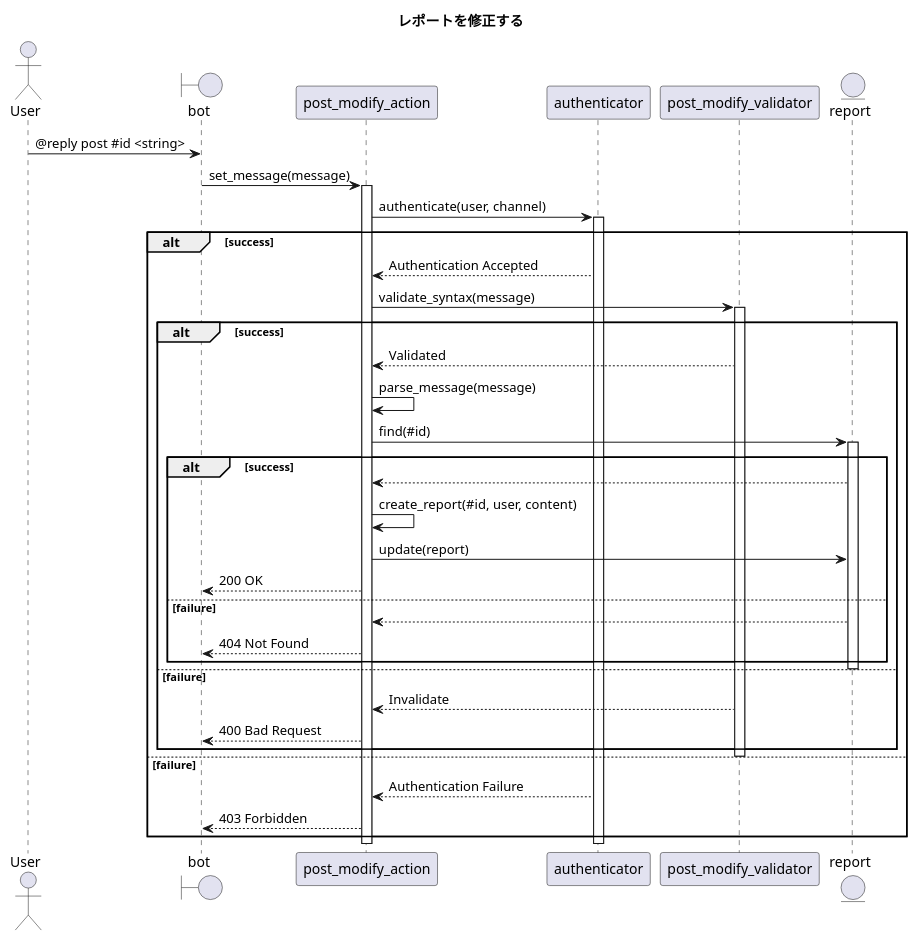
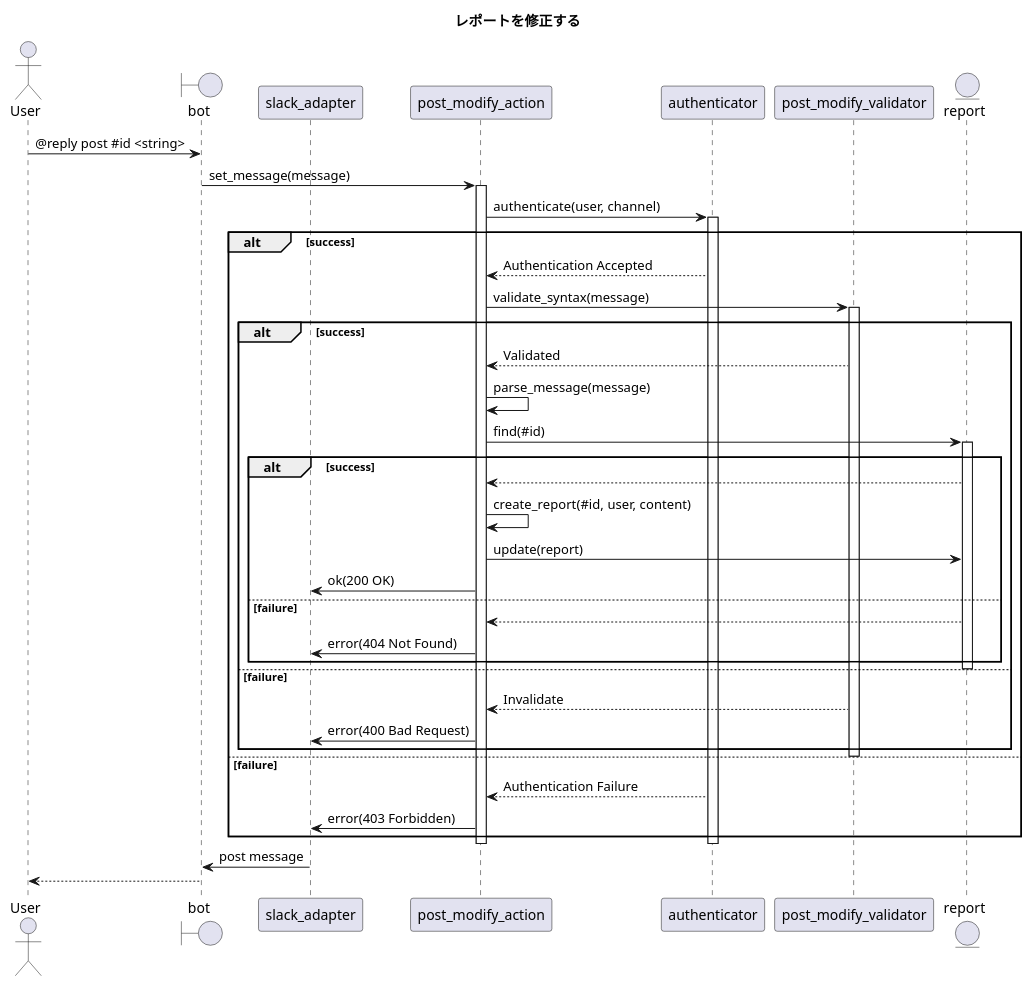
One commit to ito-masam/kpt-guard.doc changed the diagram in 1.design/5.sequences/post-report-modify.md. Above: the diagram before and after it, drawn with PlantUML. The commit also changed 3 other files, not shown here.

```diff
--- a/1.design/5.sequences/post-report-modify.md
+++ b/1.design/5.sequences/post-report-modify.md
@@ -1,52 +1,55 @@
 @startuml
 
     ' ----------- meta
     title レポートを修正する
 
     actor User
     boundary bot
+    participant slack_adapter
     participant post_modify_action
     participant authenticator
     participant post_modify_validator
     entity report
 
     ' ----------- main
     User -> bot : @reply post #id <string>
     bot -> post_modify_action : set_message(message)
     activate post_modify_action
       post_modify_action -> authenticator : authenticate(user, channel)
       activate authenticator
         alt success
           authenticator --> post_modify_action : Authentication Accepted
           post_modify_action -> post_modify_validator : validate_syntax(message)
           activate post_modify_validator
             alt success
               post_modify_validator --> post_modify_action : Validated
               post_modify_action -> post_modify_action : parse_message(message)
               post_modify_action -> report : find(#id)
               activate report
                 alt success
                   report --> post_modify_action
                   post_modify_action -> post_modify_action : create_report(#id, user, content)
                   post_modify_action -> report : update(report)
-                  post_modify_action --> bot : 200 OK
+                  post_modify_action -> slack_adapter : ok(200 OK)
                 else failure
                   report --> post_modify_action
-                  post_modify_action --> bot : 404 Not Found
+                  post_modify_action -> slack_adapter : error(404 Not Found)
                 end
               deactivate report
             else failure
               ' ----------- alternative
               post_modify_validator --> post_modify_action : Invalidate
-              post_modify_action --> bot : 400 Bad Request
+              post_modify_action -> slack_adapter : error(400 Bad Request)
             end
           deactivate post_modify_validator
         else failure
           ' ----------- alternative
           authenticator --> post_modify_action : Authentication Failure
-          post_modify_action --> bot : 403 Forbidden
+          post_modify_action -> slack_adapter : error(403 Forbidden)
         end
       deactivate authenticator
     deactivate post_modify_action
+    slack_adapter -> bot : post message
+    bot --> User
 
 @enduml
```
